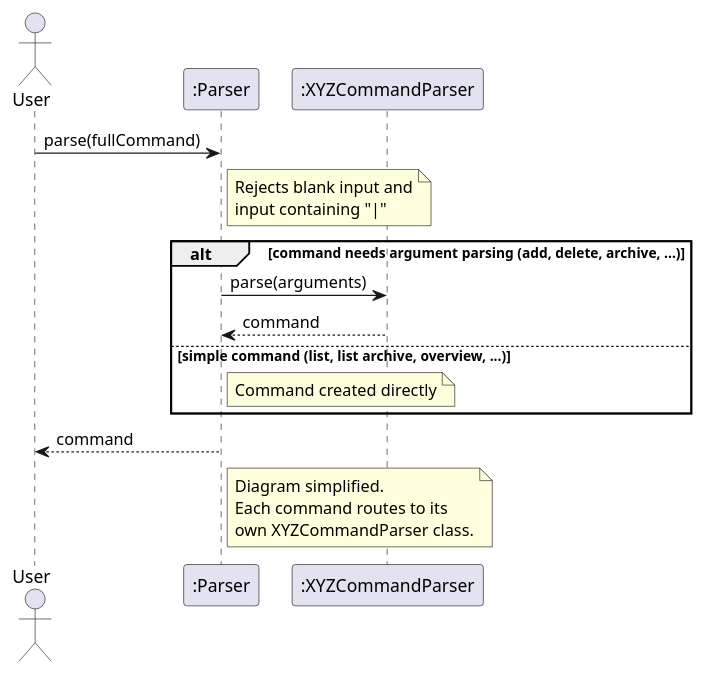
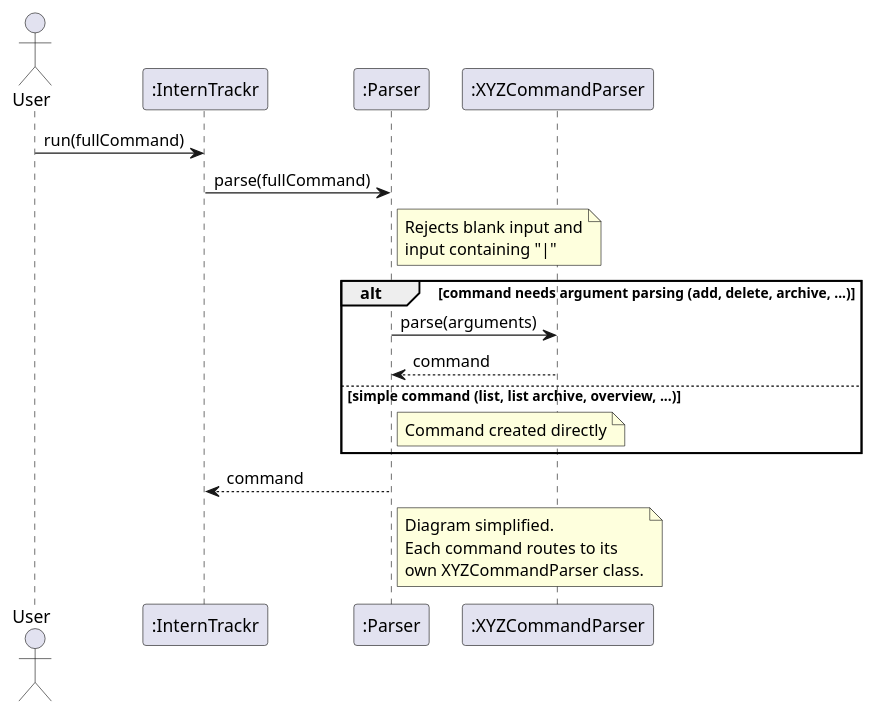
The diagram in docs/diagrams/AaravParserSequence.puml (eugenia-cnl-lee/tp), drawn with PlantUML before and after one commit. The commit also changed 14 other files, not shown here.

Commit message:
Fix Aarav DG diagrams and align parser/delete documentation with implementation

```diff
--- a/docs/diagrams/AaravParserSequence.puml
+++ b/docs/diagrams/AaravParserSequence.puml
@@ -1,25 +1,29 @@
 @startuml
 actor User
+participant ":InternTrackr" as IT
 participant ":Parser" as P
 participant ":XYZCommandParser" as XCP
 
-User -> P : parse(fullCommand)
+User -> IT : run(fullCommand)
+IT -> P : parse(fullCommand)
+
 note right of P
   Rejects blank input and
   input containing "|"
 end note
 
 alt command needs argument parsing (add, delete, archive, ...)
     P -> XCP : parse(arguments)
     XCP --> P : command
 else simple command (list, list archive, overview, ...)
     note right of P : Command created directly
 end
 
-P --> User : command
+P --> IT : command
+
 note right of P
   Diagram simplified.
   Each command routes to its
   own XYZCommandParser class.
 end note
 @enduml
```
